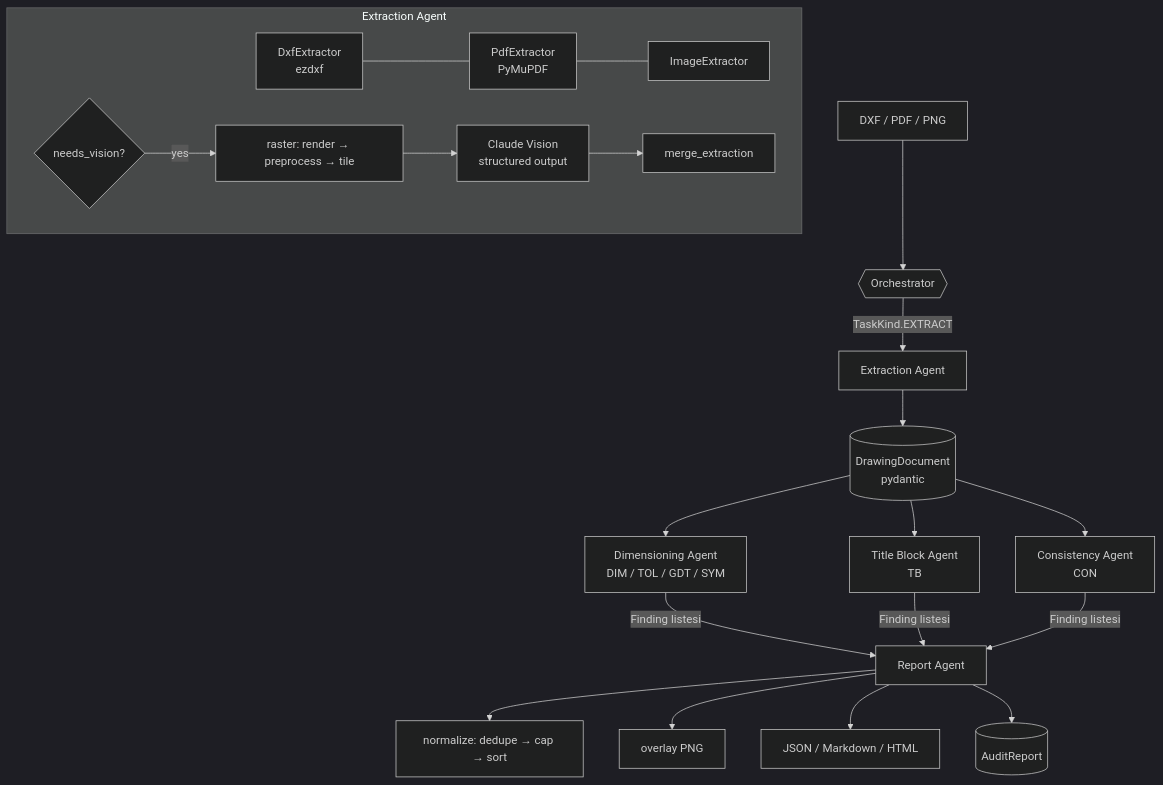
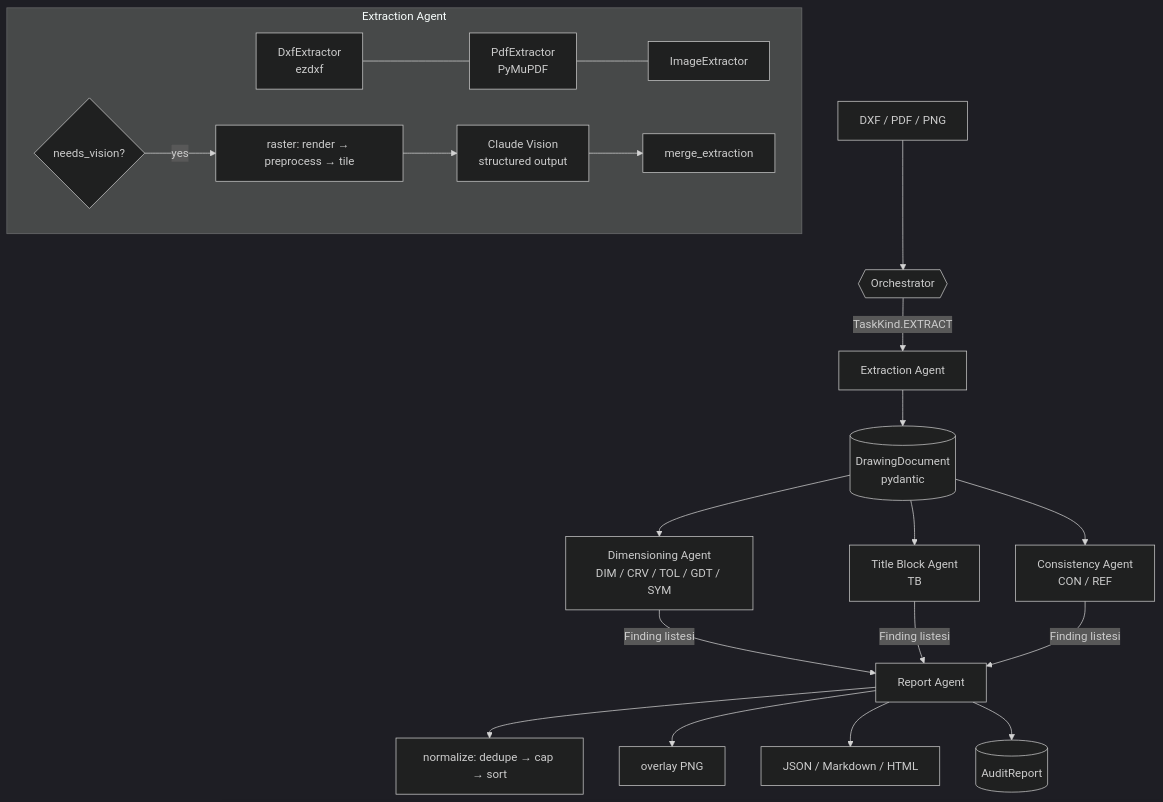
The diagram in docs/ARCHITECTURE.md (guralpbasaran/catia_diff), drawn with Mermaid (dark theme) before and after one commit. The commit also changed other lines of this file and 21 other files, not shown here.

````diff
--- a/docs/ARCHITECTURE.md
+++ b/docs/ARCHITECTURE.md
@@ -7,24 +7,24 @@
 ```mermaid
 flowchart TD
     A[DXF / PDF / PNG] --> O{{Orchestrator}}
     O -->|TaskKind.EXTRACT| E[Extraction Agent]
 
     subgraph EX[Extraction Agent]
         E1[DxfExtractor<br/>ezdxf] --- E2[PdfExtractor<br/>PyMuPDF] --- E3[ImageExtractor]
         E4{needs_vision?}
         E5[raster: render → preprocess → tile]
         E6[Claude Vision<br/>structured output]
         E7[merge_extraction]
         E4 -->|yes| E5 --> E6 --> E7
     end
 
     E --> D[(DrawingDocument<br/>pydantic)]
-    D --> C1[Dimensioning Agent<br/>DIM / TOL / GDT / SYM]
+    D --> C1[Dimensioning Agent<br/>DIM / CRV / TOL / GDT / SYM]
     D --> C2[Title Block Agent<br/>TB]
-    D --> C3[Consistency Agent<br/>CON]
+    D --> C3[Consistency Agent<br/>CON / REF]
     C1 & C2 & C3 -->|Finding listesi| R[Report Agent]
     R --> R1[normalize: dedupe → cap → sort]
     R --> R2[overlay PNG]
     R --> R3[JSON / Markdown / HTML]
     R --> RPT[(AuditReport)]
 ```
````
